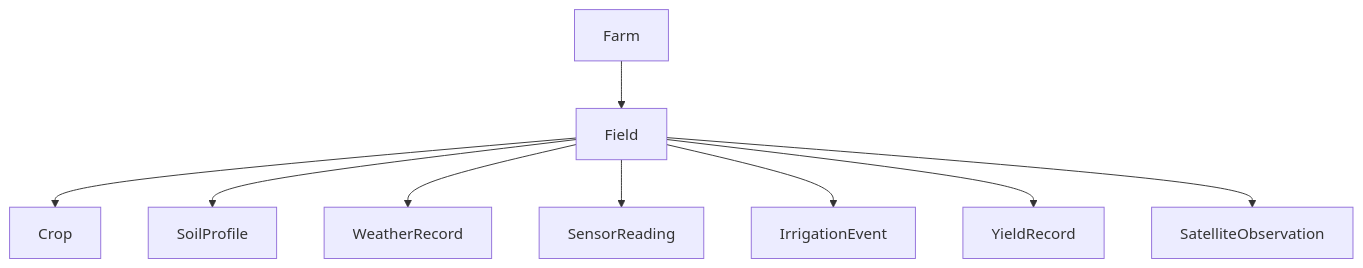
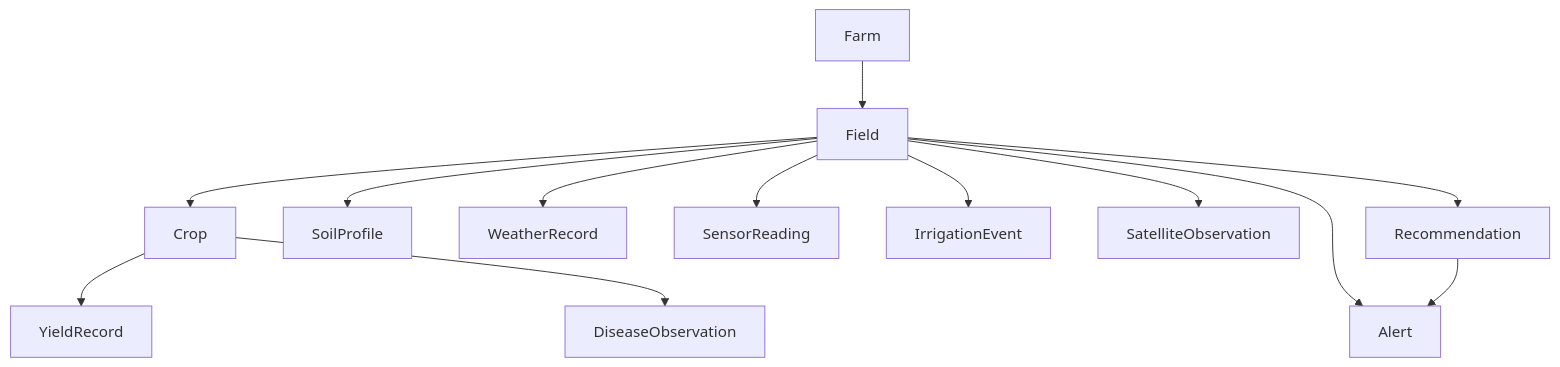
One commit to santoshnarayanan/AGRIFLOW-AI changed the first of 13 diagrams in docs/reference/08-architecture-handbook.md. Above: the diagram before and after it, drawn with Mermaid. The commit also changed other lines of this file and 9 other files, not shown here.

````diff
--- a/docs/reference/08-architecture-handbook.md
+++ b/docs/reference/08-architecture-handbook.md
@@ -74,11 +74,15 @@
 ```mermaid
 graph TD
     Farm --> Field
     Field --> Crop
     Field --> SoilProfile
     Field --> WeatherRecord
     Field --> SensorReading
     Field --> IrrigationEvent
-    Field --> YieldRecord
     Field --> SatelliteObservation
+    Field --> Recommendation
+    Field --> Alert
+    Crop --> YieldRecord
+    Crop --> DiseaseObservation
+    Recommendation --> Alert
 ```
````
